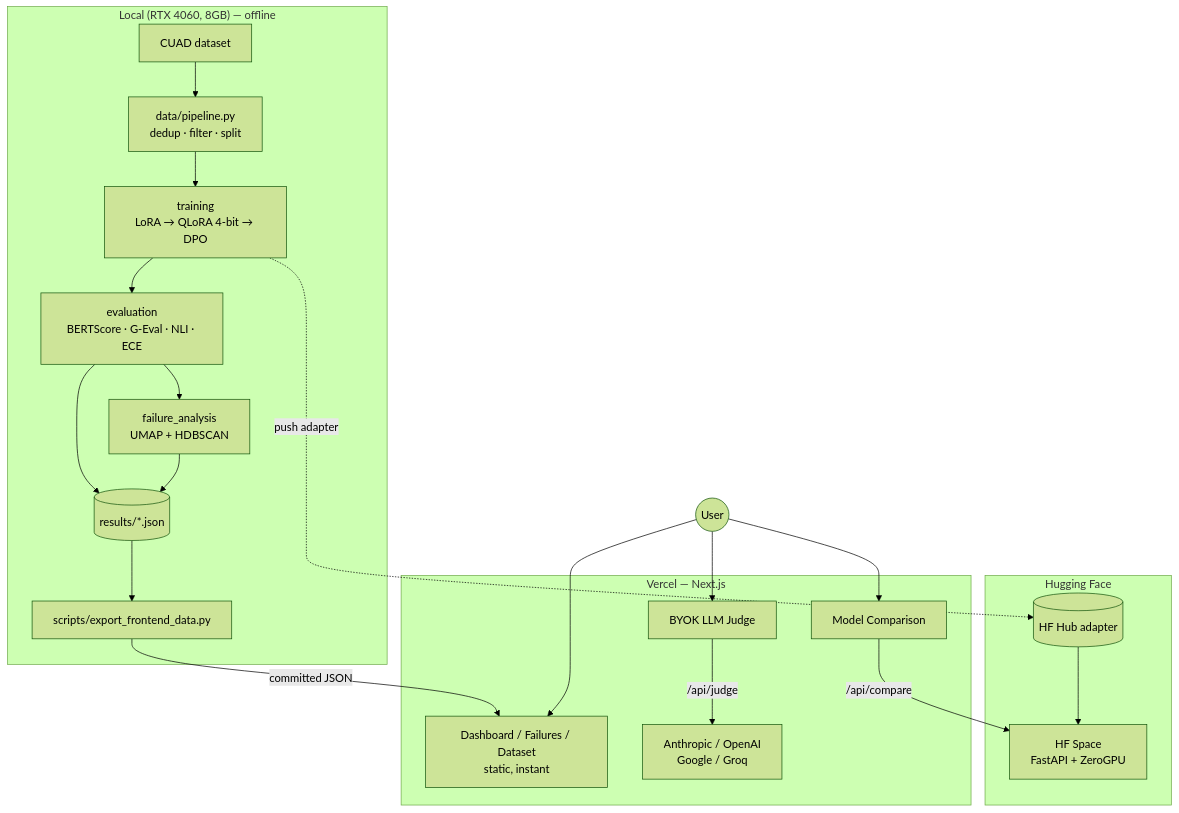
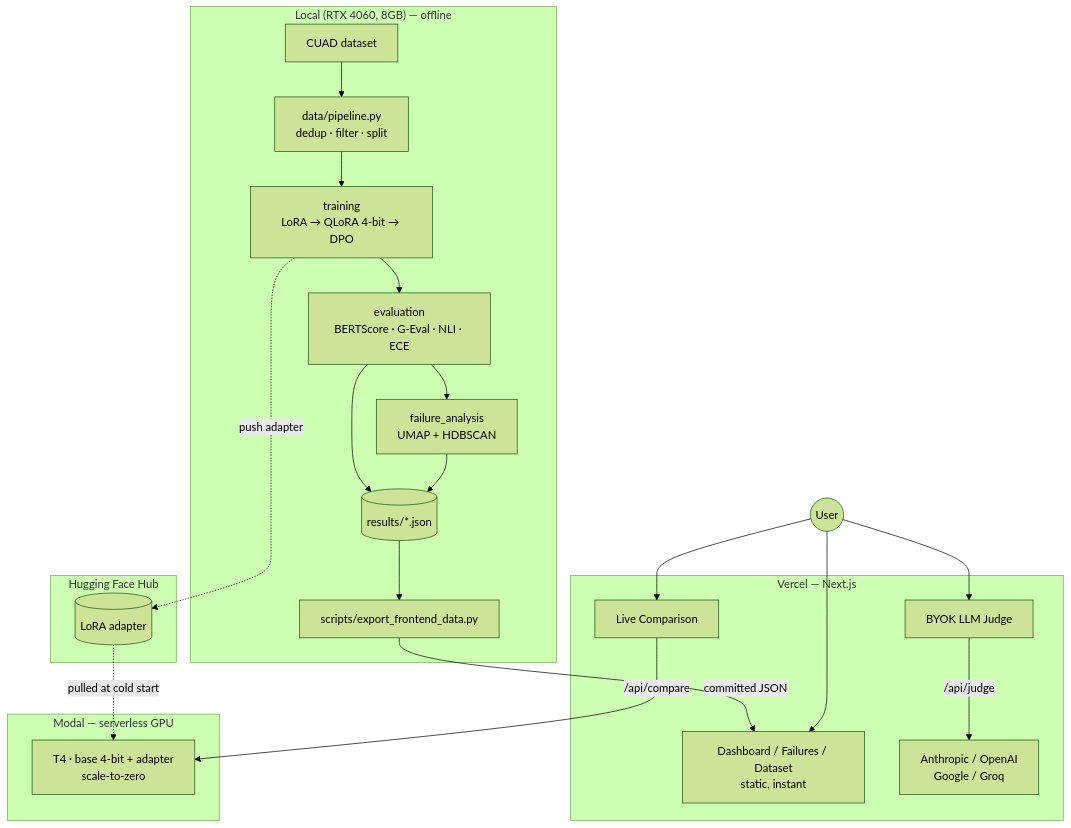
One commit to shiva-shivanibokka/Fine-Tuned-Domain-LLM-QLoRA changed the diagram in README.md. Above: the diagram before and after it, drawn with Mermaid (forest theme). The commit also changed other lines of this file, not shown here.

Commit message:
docs: update README backend from HF Space/ZeroGPU to live Modal serverless GPU; note train/serve prompt-format skew and the honest over-generation finding

````diff
--- a/README.md
+++ b/README.md
@@ -75,27 +75,30 @@
 ```mermaid
 flowchart TD
     subgraph Local["Local (RTX 4060, 8GB) — offline"]
         A[CUAD dataset] --> B[data/pipeline.py<br/>dedup · filter · split]
         B --> C[training<br/>LoRA → QLoRA 4-bit → DPO]
         C --> D[evaluation<br/>BERTScore · G-Eval · NLI · ECE]
         D --> E[failure_analysis<br/>UMAP + HDBSCAN]
         D --> F[(results/*.json)]
         E --> F
         F --> G[scripts/export_frontend_data.py]
     end
 
-    subgraph Hub["Hugging Face"]
-        C -. push adapter .-> H[(HF Hub adapter)]
-        H --> I[HF Space<br/>FastAPI + ZeroGPU]
+    subgraph Hub["Hugging Face Hub"]
+        C -. push adapter .-> H[(LoRA adapter)]
+    end
+
+    subgraph ModalCloud["Modal — serverless GPU"]
+        H -. pulled at cold start .-> I[T4 · base 4-bit + adapter<br/>scale-to-zero]
     end
 
     subgraph Vercel["Vercel — Next.js"]
         G -- committed JSON --> J[Dashboard / Failures / Dataset<br/>static, instant]
-        K[Model Comparison] -- /api/compare --> I
+        K[Live Comparison] -- /api/compare --> I
         L[BYOK LLM Judge] -- /api/judge --> M[Anthropic / OpenAI<br/>Google / Groq]
     end
 
     User((User)) --> J
     User --> K
     User --> L
 ```
````
